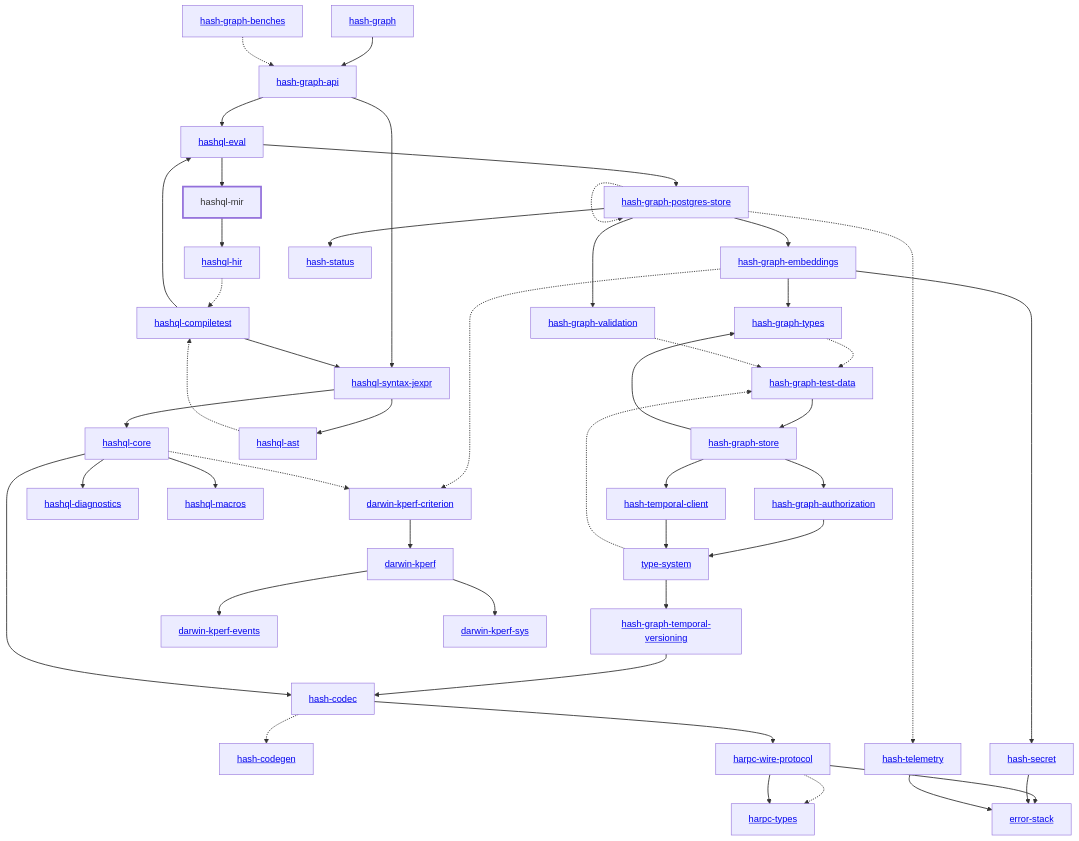
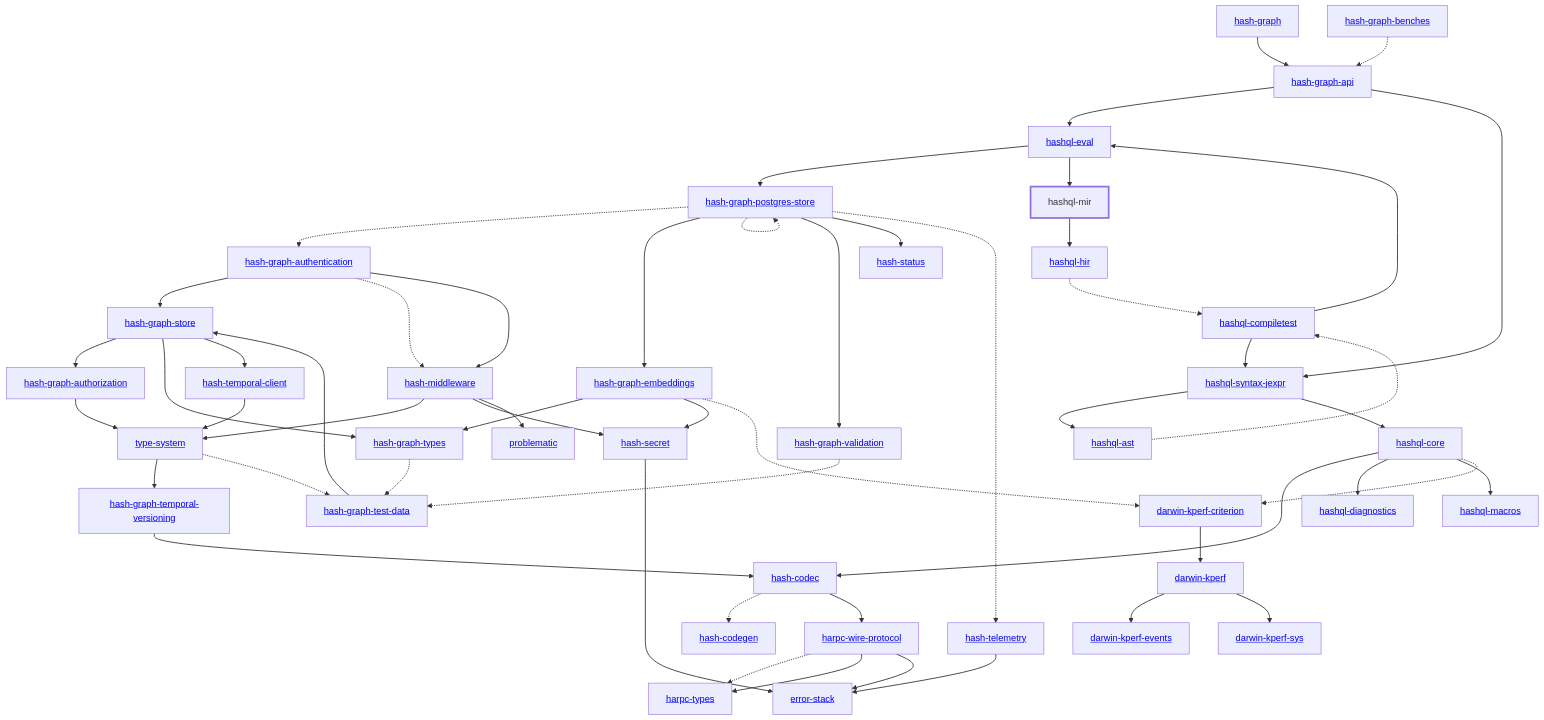
Before and after one commit to hashintel/hash: the diagram in libs/@local/hashql/mir/docs/dependency-diagram.mmd, drawn with Mermaid. The commit also changed 47 other files, not shown here.

Commit message:
Authenticate public Graph API requests with API tokens

```diff
--- a/libs/@local/hashql/mir/docs/dependency-diagram.mmd
+++ b/libs/@local/hashql/mir/docs/dependency-diagram.mmd
@@ -1,91 +1,101 @@
 graph TD
     linkStyle default stroke-width:1.5px
     classDef default stroke-width:1px
     classDef root stroke-width:3px
     classDef dev stroke-width:1px
     classDef build stroke-width:1px
     %% Legend
     %% --> : Normal dependency
     %% -.-> : Dev dependency
     %% ---> : Build dependency
     0[<a href="../hash_graph/index.html">hash-graph</a>]
     1[<a href="../type_system/index.html">type-system</a>]
     2[<a href="../hash_codec/index.html">hash-codec</a>]
     3[<a href="../hash_codegen/index.html">hash-codegen</a>]
     4[<a href="../hash_graph_api/index.html">hash-graph-api</a>]
-    5[<a href="../hash_graph_authorization/index.html">hash-graph-authorization</a>]
-    6[<a href="../hash_graph_embeddings/index.html">hash-graph-embeddings</a>]
-    7[<a href="../hash_graph_postgres_store/index.html">hash-graph-postgres-store</a>]
-    8[<a href="../hash_graph_store/index.html">hash-graph-store</a>]
-    9[<a href="../hash_graph_temporal_versioning/index.html">hash-graph-temporal-versioning</a>]
-    10[<a href="../hash_graph_types/index.html">hash-graph-types</a>]
-    11[<a href="../hash_graph_validation/index.html">hash-graph-validation</a>]
-    12[<a href="../harpc_types/index.html">harpc-types</a>]
-    13[<a href="../harpc_wire_protocol/index.html">harpc-wire-protocol</a>]
-    14[<a href="../hashql_ast/index.html">hashql-ast</a>]
-    15[<a href="../hashql_compiletest/index.html">hashql-compiletest</a>]
-    16[<a href="../hashql_core/index.html">hashql-core</a>]
-    17[<a href="../hashql_diagnostics/index.html">hashql-diagnostics</a>]
-    18[<a href="../hashql_eval/index.html">hashql-eval</a>]
-    19[<a href="../hashql_hir/index.html">hashql-hir</a>]
-    20[<a href="../hashql_macros/index.html">hashql-macros</a>]
-    21[hashql-mir]
-    class 21 root
-    22[<a href="../hashql_syntax_jexpr/index.html">hashql-syntax-jexpr</a>]
-    23[<a href="../hash_secret/index.html">hash-secret</a>]
-    24[<a href="../hash_status/index.html">hash-status</a>]
-    25[<a href="../hash_telemetry/index.html">hash-telemetry</a>]
-    26[<a href="../hash_temporal_client/index.html">hash-temporal-client</a>]
-    27[<a href="../darwin_kperf/index.html">darwin-kperf</a>]
-    28[<a href="../darwin_kperf_criterion/index.html">darwin-kperf-criterion</a>]
-    29[<a href="../darwin_kperf_events/index.html">darwin-kperf-events</a>]
-    30[<a href="../darwin_kperf_sys/index.html">darwin-kperf-sys</a>]
-    31[<a href="../error_stack/index.html">error-stack</a>]
-    32[<a href="../hash_graph_benches/index.html">hash-graph-benches</a>]
-    33[<a href="../hash_graph_test_data/index.html">hash-graph-test-data</a>]
+    5[<a href="../hash_graph_authentication/index.html">hash-graph-authentication</a>]
+    6[<a href="../hash_graph_authorization/index.html">hash-graph-authorization</a>]
+    7[<a href="../hash_graph_embeddings/index.html">hash-graph-embeddings</a>]
+    8[<a href="../hash_graph_postgres_store/index.html">hash-graph-postgres-store</a>]
+    9[<a href="../hash_graph_store/index.html">hash-graph-store</a>]
+    10[<a href="../hash_graph_temporal_versioning/index.html">hash-graph-temporal-versioning</a>]
+    11[<a href="../hash_graph_types/index.html">hash-graph-types</a>]
+    12[<a href="../hash_graph_validation/index.html">hash-graph-validation</a>]
+    13[<a href="../harpc_types/index.html">harpc-types</a>]
+    14[<a href="../harpc_wire_protocol/index.html">harpc-wire-protocol</a>]
+    15[<a href="../hashql_ast/index.html">hashql-ast</a>]
+    16[<a href="../hashql_compiletest/index.html">hashql-compiletest</a>]
+    17[<a href="../hashql_core/index.html">hashql-core</a>]
+    18[<a href="../hashql_diagnostics/index.html">hashql-diagnostics</a>]
+    19[<a href="../hashql_eval/index.html">hashql-eval</a>]
+    20[<a href="../hashql_hir/index.html">hashql-hir</a>]
+    21[<a href="../hashql_macros/index.html">hashql-macros</a>]
+    22[hashql-mir]
+    class 22 root
+    23[<a href="../hashql_syntax_jexpr/index.html">hashql-syntax-jexpr</a>]
+    24[<a href="../hash_middleware/index.html">hash-middleware</a>]
+    25[<a href="../hash_secret/index.html">hash-secret</a>]
+    26[<a href="../hash_status/index.html">hash-status</a>]
+    27[<a href="../hash_telemetry/index.html">hash-telemetry</a>]
+    28[<a href="../hash_temporal_client/index.html">hash-temporal-client</a>]
+    29[<a href="../darwin_kperf/index.html">darwin-kperf</a>]
+    30[<a href="../darwin_kperf_criterion/index.html">darwin-kperf-criterion</a>]
+    31[<a href="../darwin_kperf_events/index.html">darwin-kperf-events</a>]
+    32[<a href="../darwin_kperf_sys/index.html">darwin-kperf-sys</a>]
+    33[<a href="../error_stack/index.html">error-stack</a>]
+    34[<a href="../problematic/index.html">problematic</a>]
+    35[<a href="../hash_graph_benches/index.html">hash-graph-benches</a>]
+    36[<a href="../hash_graph_test_data/index.html">hash-graph-test-data</a>]
     0 --> 4
-    1 --> 9
-    1 -.-> 33
+    1 --> 10
+    1 -.-> 36
     2 -.-> 3
-    2 --> 13
-    4 --> 18
-    4 --> 22
-    5 --> 1
-    6 --> 10
-    6 --> 23
-    6 -.-> 28
-    7 --> 6
-    7 -.-> 7
+    2 --> 14
+    4 --> 19
+    4 --> 23
+    5 --> 9
+    5 -.-> 24
+    5 --> 24
+    6 --> 1
     7 --> 11
-    7 --> 24
-    7 -.-> 25
-    8 --> 5
-    8 --> 10
+    7 --> 25
+    7 -.-> 30
+    8 -.-> 5
+    8 --> 7
+    8 -.-> 8
+    8 --> 12
     8 --> 26
-    9 --> 2
-    10 -.-> 33
-    11 -.-> 33
-    13 -.-> 12
-    13 --> 12
-    13 --> 31
-    14 -.-> 15
-    15 --> 18
-    15 --> 22
-    16 --> 2
-    16 --> 17
-    16 --> 20
-    16 -.-> 28
-    18 --> 7
-    18 --> 21
-    19 -.-> 15
-    21 --> 19
-    22 --> 14
-    22 --> 16
-    23 --> 31
-    25 --> 31
-    26 --> 1
-    27 --> 29
-    27 --> 30
-    28 --> 27
-    32 -.-> 4
-    33 --> 8
+    8 -.-> 27
+    9 --> 6
+    9 --> 11
+    9 --> 28
+    10 --> 2
+    11 -.-> 36
+    12 -.-> 36
+    14 -.-> 13
+    14 --> 13
+    14 --> 33
+    15 -.-> 16
+    16 --> 19
+    16 --> 23
+    17 --> 2
+    17 --> 18
+    17 --> 21
+    17 -.-> 30
+    19 --> 8
+    19 --> 22
+    20 -.-> 16
+    22 --> 20
+    23 --> 15
+    23 --> 17
+    24 --> 1
+    24 --> 25
+    24 --> 34
+    25 --> 33
+    27 --> 33
+    28 --> 1
+    29 --> 31
+    29 --> 32
+    30 --> 29
+    35 -.-> 4
+    36 --> 9
```
